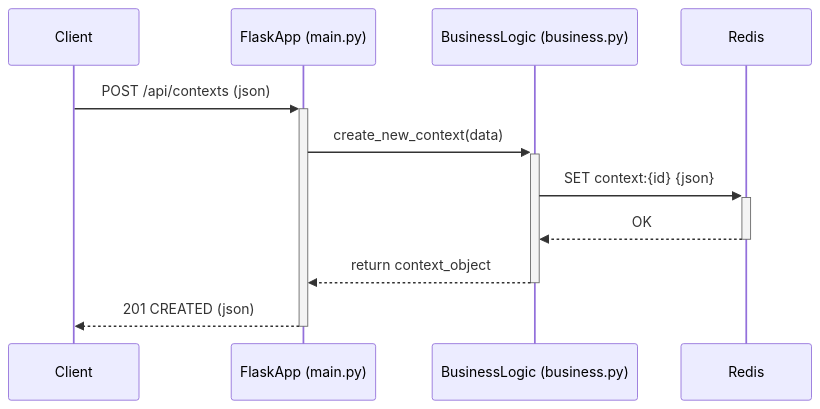
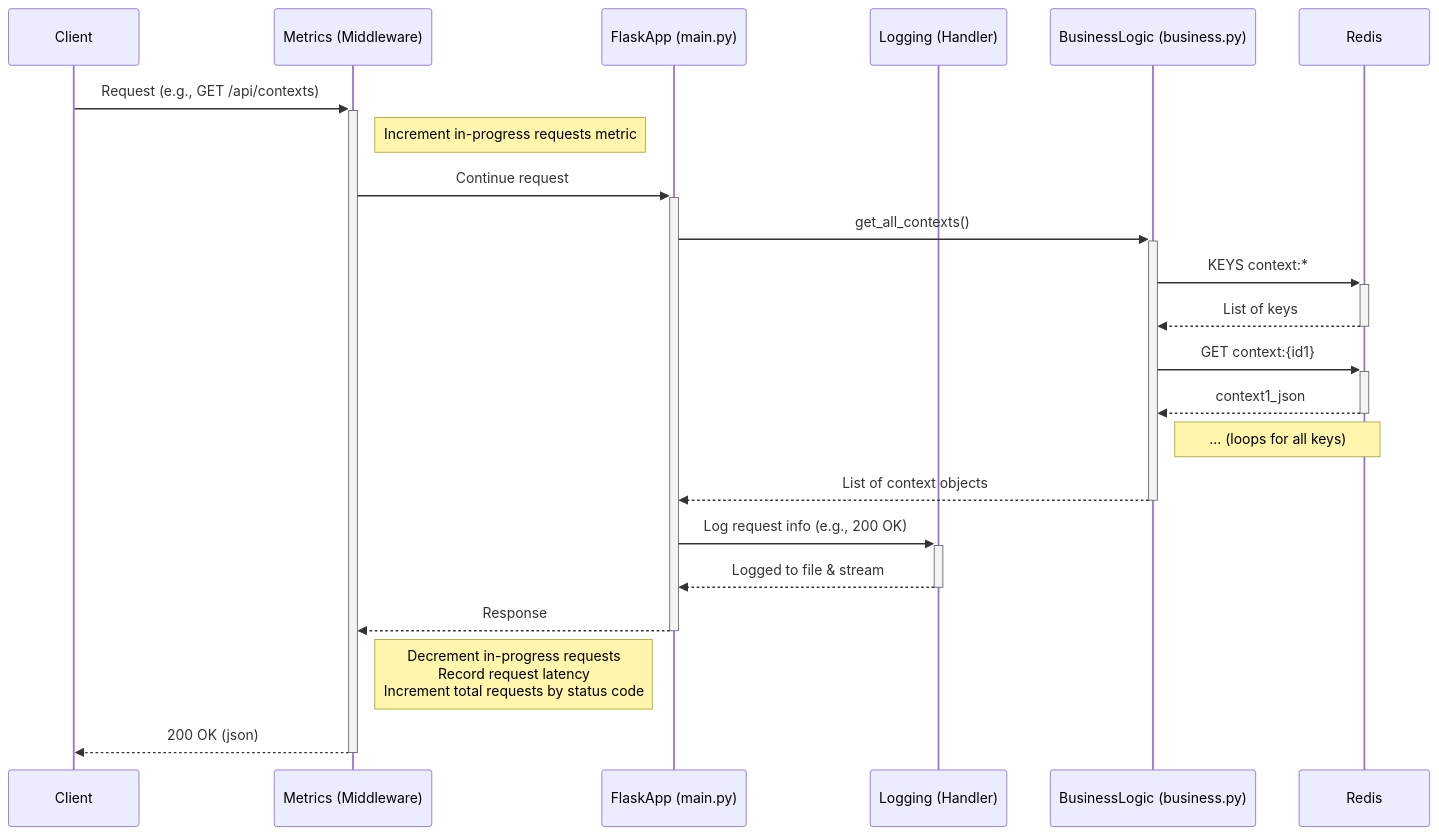
The diagram in README.md (lorenzogirardi/flask-test-api), drawn with Mermaid before and after one commit. The commit also changed other lines of this file and 1 other file, not shown here.

Commit message:
docs: Update sequence diagram to be more detailed

````diff
--- a/README.md
+++ b/README.md
@@ -62,14 +62,28 @@
 ```mermaid
 sequenceDiagram
     participant Client
+    participant Metrics (Middleware)
     participant FlaskApp (main.py)
+    participant Logging (Handler)
     participant BusinessLogic (business.py)
     participant Redis
 
-    Client->>+FlaskApp (main.py): POST /api/contexts (json)
-    FlaskApp (main.py)->>+BusinessLogic (business.py): create_new_context(data)
-    BusinessLogic (business.py)->>+Redis: SET context:{id} {json}
-    Redis-->>-BusinessLogic (business.py): OK
-    BusinessLogic (business.py)-->>-FlaskApp (main.py): return context_object
-    FlaskApp (main.py)-->>-Client: 201 CREATED (json)
+    Client->>+Metrics (Middleware): Request (e.g., GET /api/contexts)
+    note right of Metrics (Middleware): Increment in-progress requests metric
+    Metrics (Middleware)->>+FlaskApp (main.py): Continue request
+
+    FlaskApp (main.py)->>+BusinessLogic (business.py): get_all_contexts()
+    BusinessLogic (business.py)->>+Redis: KEYS context:*
+    Redis-->>-BusinessLogic (business.py): List of keys
+    BusinessLogic (business.py)->>+Redis: GET context:{id1}
+    Redis-->>-BusinessLogic (business.py): context1_json
+    note right of BusinessLogic (business.py): ... (loops for all keys)
+    BusinessLogic (business.py)-->>-FlaskApp (main.py): List of context objects
+
+    FlaskApp (main.py)->>+Logging (Handler): Log request info (e.g., 200 OK)
+    Logging (Handler)-->>-FlaskApp (main.py): Logged to file & stream
+
+    FlaskApp (main.py)-->>-Metrics (Middleware): Response
+    note right of Metrics (Middleware): Decrement in-progress requests<br/>Record request latency<br/>Increment total requests by status code
+    Metrics (Middleware)-->>-Client: 200 OK (json)
 ```
````
